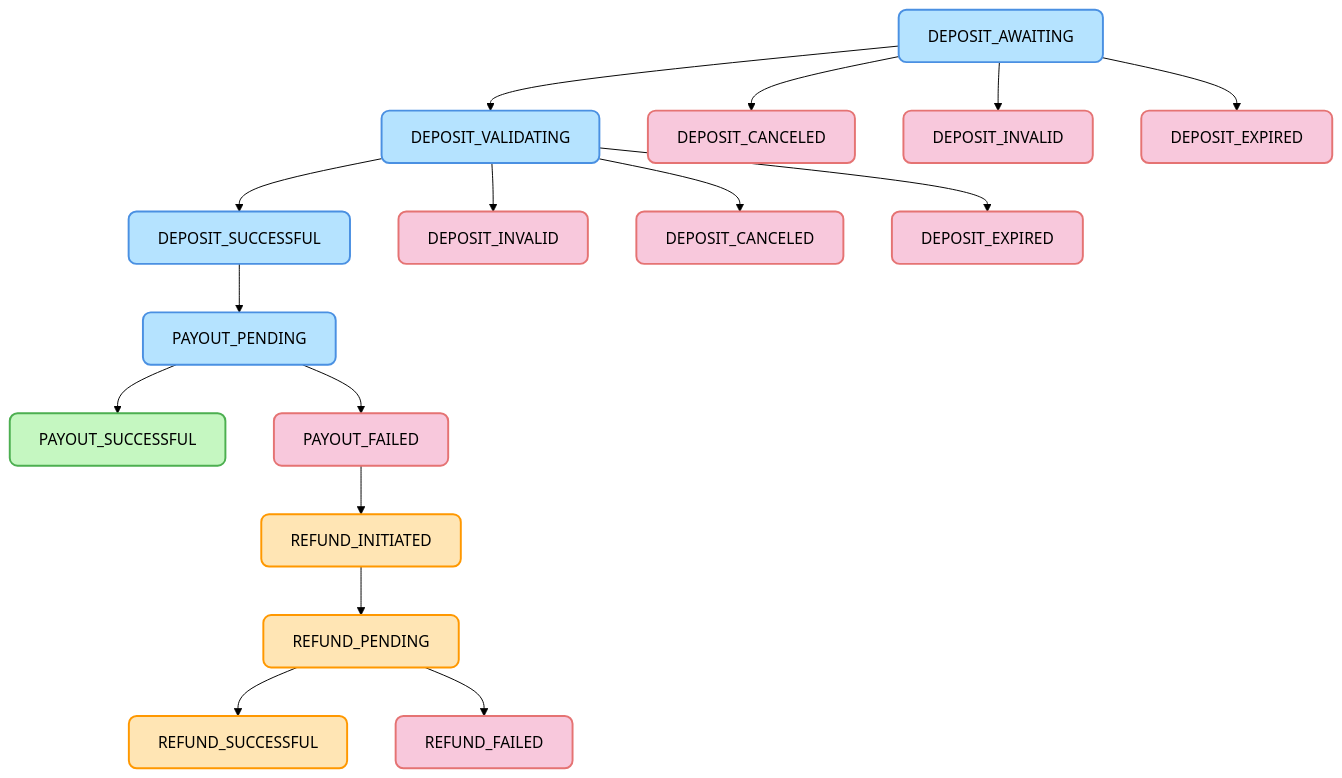
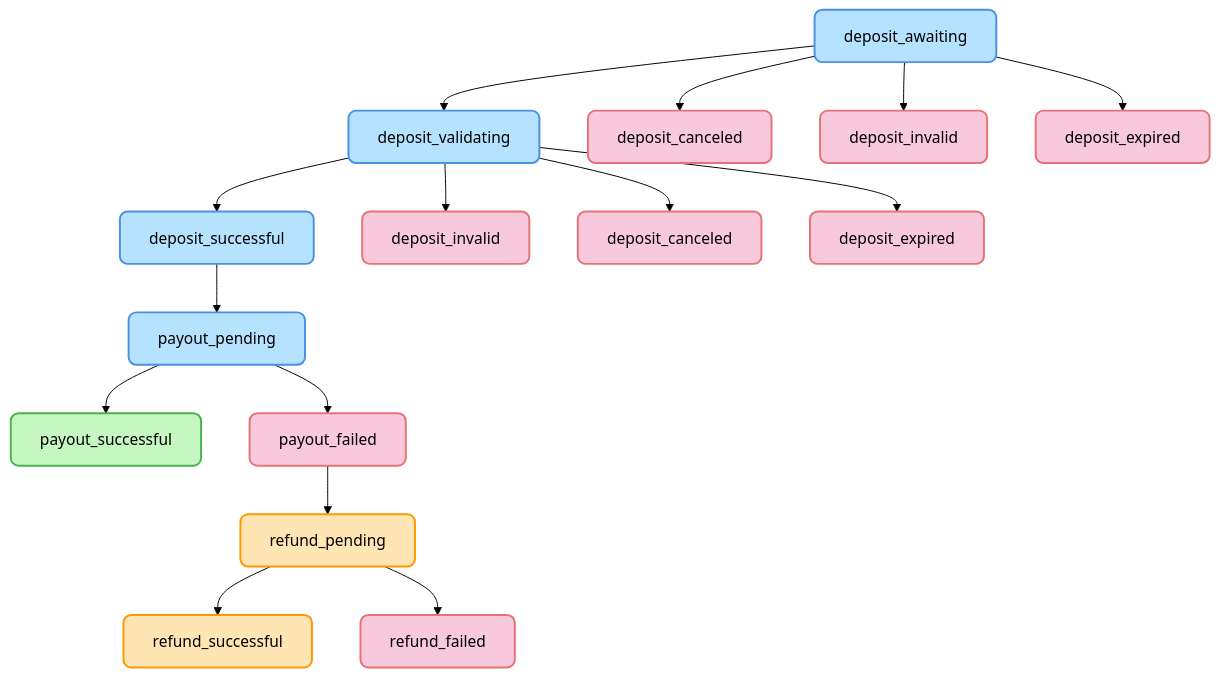
The diagram in api-v2.md (fonbnk/docs), drawn with Mermaid (forest theme) before and after one commit.

Commit message:
change statuses to be lower-case on the diagram

````diff
--- a/api-v2.md
+++ b/api-v2.md
@@ -718,30 +718,29 @@
 ```mermaid
 flowchart TD
     %% Pastel Styles
     classDef expectedFlow fill:#B5E3FF,stroke:#4A90E2,stroke-width:2px,color:#000,rx:8px,ry:8px
     classDef payout fill:#C5F7C1,stroke:#4CAF50,stroke-width:2px,color:#000,rx:8px,ry:8px
     classDef refund fill:#FFE5B4,stroke:#FF9800,stroke-width:2px,color:#000,rx:8px,ry:8px
     classDef fail fill:#F8C8DC,stroke:#E57373,stroke-width:2px,color:#000,rx:8px,ry:8px
 
     %% Deposit states
-    A[DEPOSIT_AWAITING]:::expectedFlow --> B[DEPOSIT_VALIDATING]:::expectedFlow
-    A --> E2[DEPOSIT_CANCELED]:::fail
-    A --> D2[DEPOSIT_INVALID]:::fail
-    A --> F2[DEPOSIT_EXPIRED]:::fail
-    B --> C[DEPOSIT_SUCCESSFUL]:::expectedFlow
-    B --> D[DEPOSIT_INVALID]:::fail
-    B --> E[DEPOSIT_CANCELED]:::fail
-    B --> F[DEPOSIT_EXPIRED]:::fail
+    A[deposit_awaiting]:::expectedFlow --> B[deposit_validating]:::expectedFlow
+    A --> E2[deposit_canceled]:::fail
+    A --> D2[deposit_invalid]:::fail
+    A --> F2[deposit_expired]:::fail
+    B --> C[deposit_successful]:::expectedFlow
+    B --> D[deposit_invalid]:::fail
+    B --> E[deposit_canceled]:::fail
+    B --> F[deposit_expired]:::fail
 
     %% Payout states
-    C --> G[PAYOUT_PENDING]:::expectedFlow
-    G --> H[PAYOUT_SUCCESSFUL]:::payout
-    G --> I[PAYOUT_FAILED]:::fail
+    C --> G[payout_pending]:::expectedFlow
+    G --> H[payout_successful]:::payout
+    G --> J[payout_failed]:::fail
 
     %% Refund states
-    I --> J[REFUND_INITIATED]:::refund
-    J --> K[REFUND_PENDING]:::refund
-    K --> L[REFUND_SUCCESSFUL]:::refund
-    K --> M[REFUND_FAILED]:::fail
+    J --> K[refund_pending]:::refund
+    K --> L[refund_successful]:::refund
+    K --> M[refund_failed]:::fail
 
 ```
````
